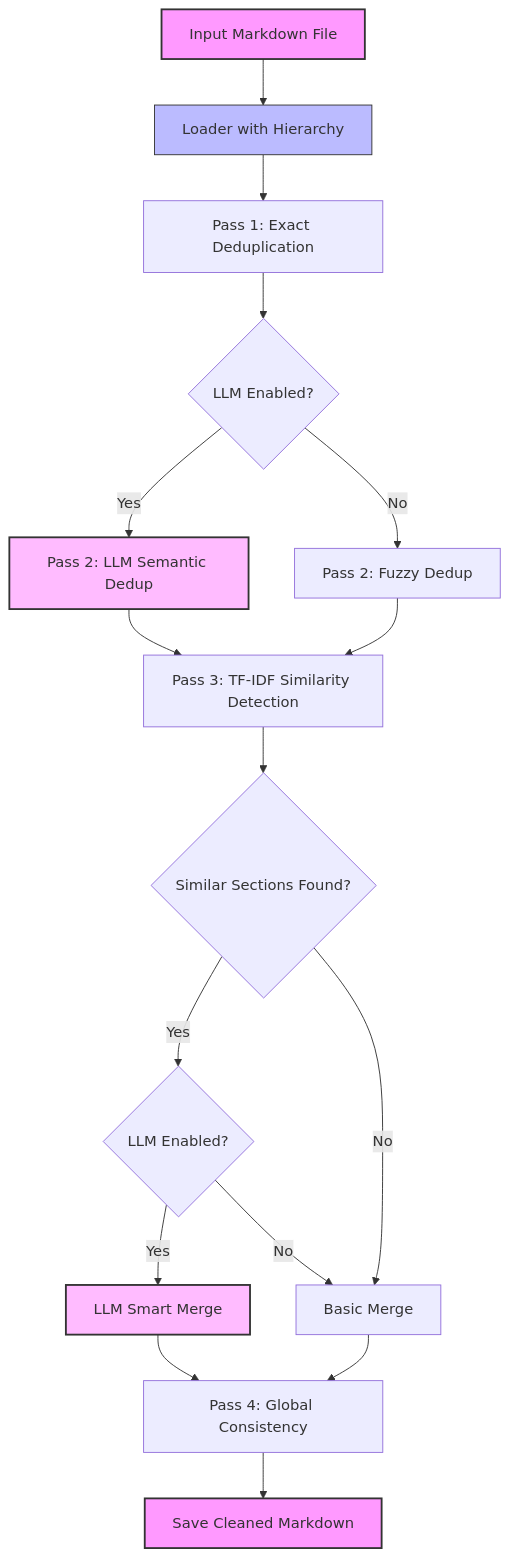
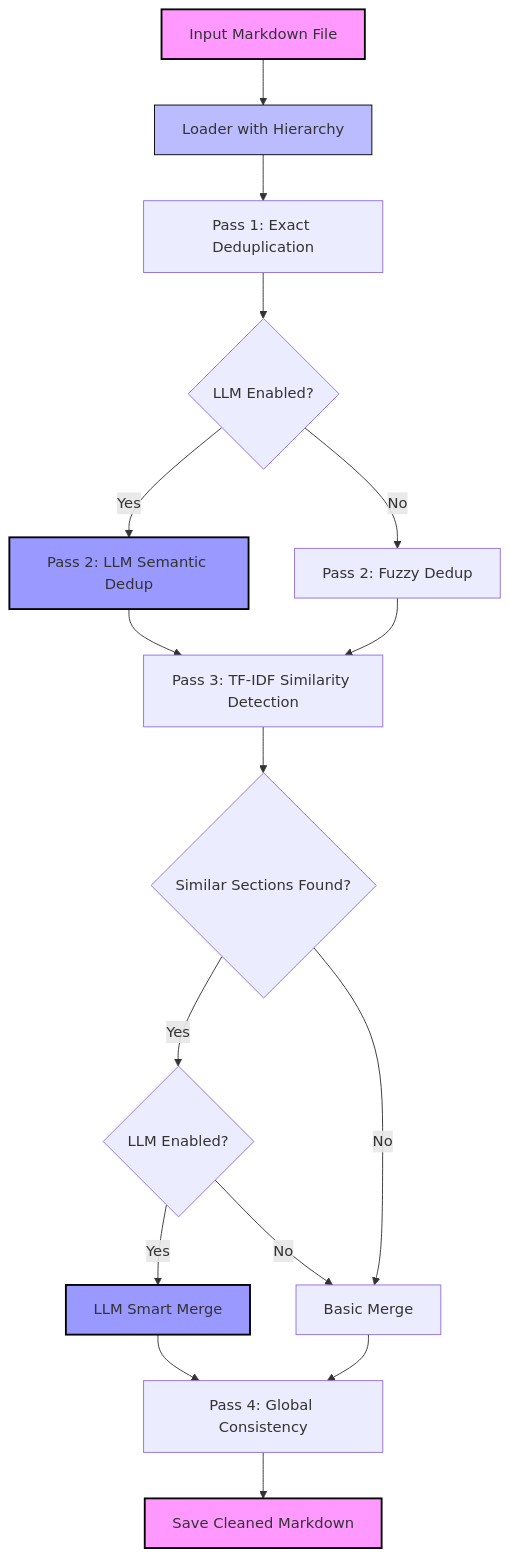
One commit to talha-yousuf/langchain-md-deduplicator-agent changed the diagram in README.md. Above: the diagram before and after it, drawn with Mermaid. The commit also changed other lines of this file, not shown here.

````diff
--- a/README.md
+++ b/README.md
@@ -165,24 +86,24 @@
 ```mermaid
 flowchart TD
     A[Input Markdown File] --> B[Loader with Hierarchy]
     B --> C[Pass 1: Exact Deduplication]
     C --> D{LLM Enabled?}
     D -->|Yes| E[Pass 2: LLM Semantic Dedup]
     D -->|No| F[Pass 2: Fuzzy Dedup]
     E --> G[Pass 3: TF-IDF Similarity Detection]
     F --> G
     G --> H{Similar Sections Found?}
     H -->|Yes| I{LLM Enabled?}
     H -->|No| K
     I -->|Yes| J[LLM Smart Merge]
     I -->|No| K[Basic Merge]
     J --> L[Pass 4: Global Consistency]
     K --> L
     L --> M[Save Cleaned Markdown]
 
-    style A fill:#f9f,stroke:#333,stroke-width:2px
-    style B fill:#bbf,stroke:#333,stroke-width:1px
-    style E fill:#fbf,stroke:#333,stroke-width:2px
-    style J fill:#fbf,stroke:#333,stroke-width:2px
-    style M fill:#f9f,stroke:#333,stroke-width:2px
+    style A fill:#f9f,stroke:#000,stroke-width:2px
+    style B fill:#bbf,stroke:#000,stroke-width:1px
+    style E fill:#99f,stroke:#000,stroke-width:2px
+    style J fill:#99f,stroke:#000,stroke-width:2px
+    style M fill:#f9f,stroke:#000,stroke-width:2px
 ```
````
